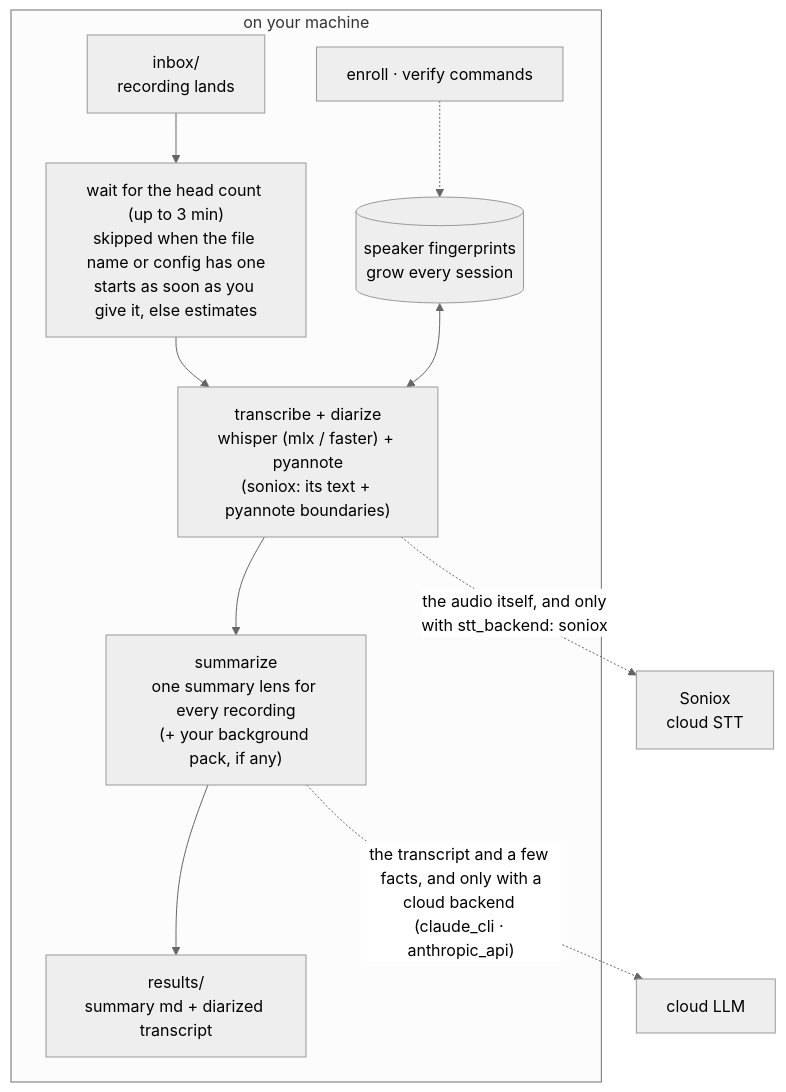
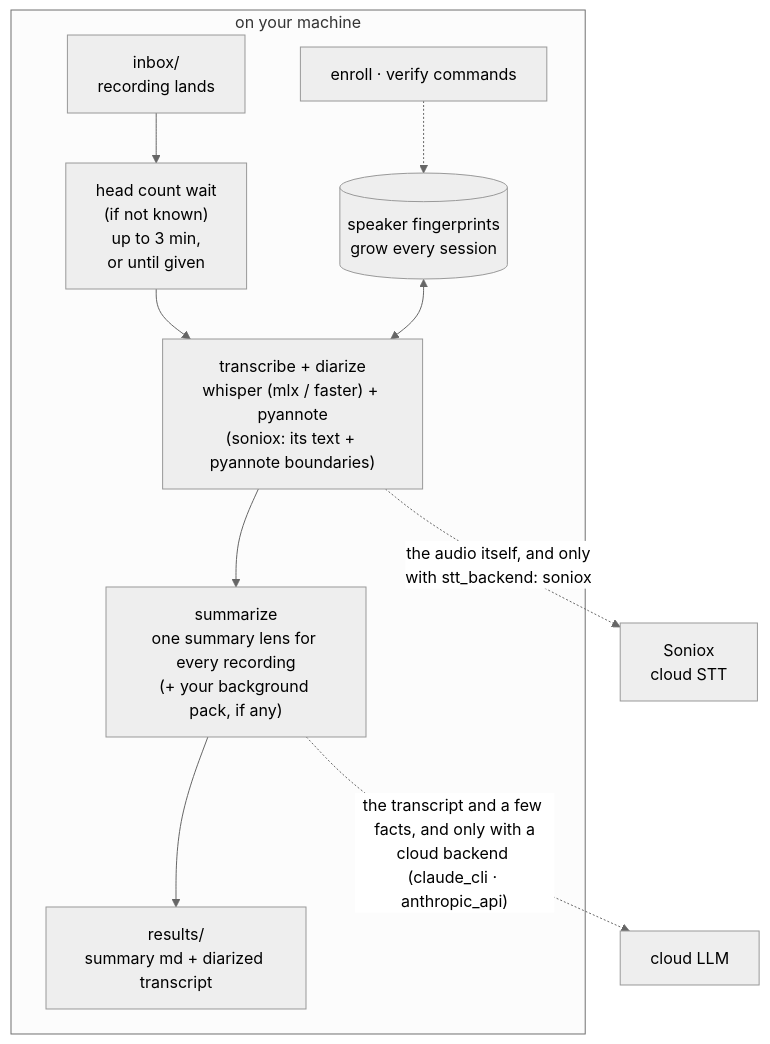
The diagram in README.md (kemy-ai/moim-scribe), drawn with Mermaid (neutral theme) before and after one commit. The commit also changed 1 other file, not shown here.

Commit message:
Shorten the wait step in the README diagram
On GitHub the new step wrapped in the middle of words and was the tallest
box in the diagram. Each line is now short enough to fit the box, and the
details stay in "Telling it how many people were there".

````diff
--- a/README.md
+++ b/README.md
@@ -15,13 +15,13 @@
 ```mermaid
 flowchart TD
     subgraph machine["on your machine"]
-        A["inbox/<br>recording lands"] --> W["wait for the head count (up to 3 min)<br>skipped when the file name or config has one<br>starts as soon as you give it, else estimates"]
+        A["inbox/<br>recording lands"] --> W["head count wait<br>(if not known)<br>up to 3 min,<br>or until given"]
         W --> B["transcribe + diarize<br>whisper (mlx / faster) + pyannote<br>(soniox: its text + pyannote boundaries)"]
         FP[("speaker fingerprints<br>grow every session")] <--> B
         B --> C["summarize<br>one summary lens for every recording<br>(+ your background pack, if any)"]
         C --> D["results/<br>summary md + diarized transcript"]
         V["enroll · verify commands"] -.-> FP
     end
     B -.->|"the audio itself, and only<br>with stt_backend: soniox"| STT["Soniox<br>cloud STT"]
     C -.->|"the transcript and a few facts, and only with a<br>cloud backend (claude_cli · anthropic_api)"| LLM["cloud LLM"]
 ```
````
